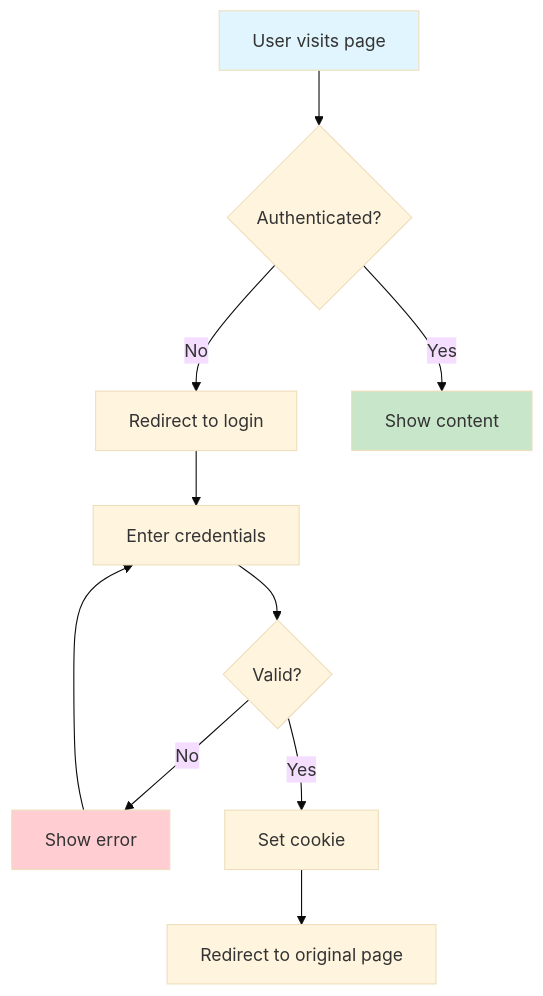
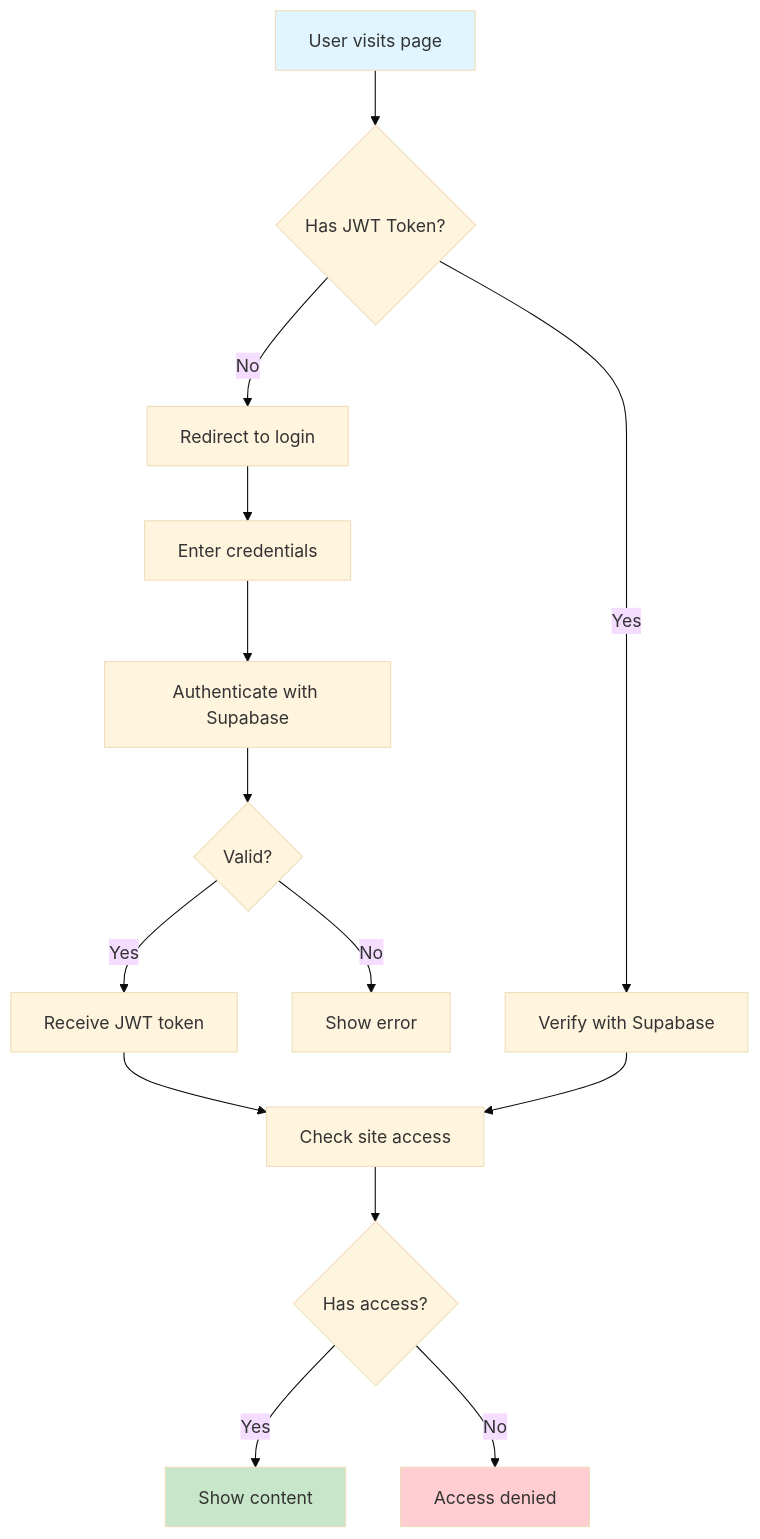
The diagram in docs/guides/authentication-guide.md (wapdat/doc-builder), drawn with Mermaid (base theme) before and after one commit. The commit also changed other lines of this file and 37 other files, not shown here.

````diff
--- a/docs/guides/authentication-guide.md
+++ b/docs/guides/authentication-guide.md
@@ -34,16 +17,20 @@
 ```mermaid
 graph TD
-    A[User visits page] --> B{Authenticated?}
+    A[User visits page] --> B{Has JWT Token?}
     B -->|No| C[Redirect to login]
-    B -->|Yes| D[Show content]
+    B -->|Yes| D[Verify with Supabase]
     C --> E[Enter credentials]
-    E --> F{Valid?}
-    F -->|No| G[Show error]
-    F -->|Yes| H[Set cookie]
-    H --> I[Redirect to original page]
-    G --> E
+    E --> F[Authenticate with Supabase]
+    F --> G{Valid?}
+    G -->|No| H[Show error]
+    G -->|Yes| I[Receive JWT token]
+    I --> J[Check site access]
+    J --> K{Has access?}
+    K -->|Yes| L[Show content]
+    K -->|No| M[Access denied]
+    D --> J
     
     style A fill:#e1f5fe
-    style D fill:#c8e6c9
-    style G fill:#ffcdd2
+    style L fill:#c8e6c9
+    style M fill:#ffcdd2
 ```
````
